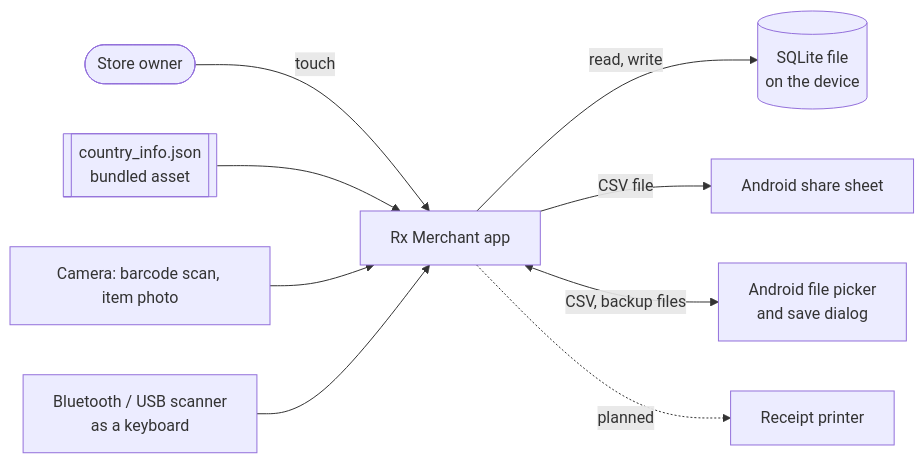
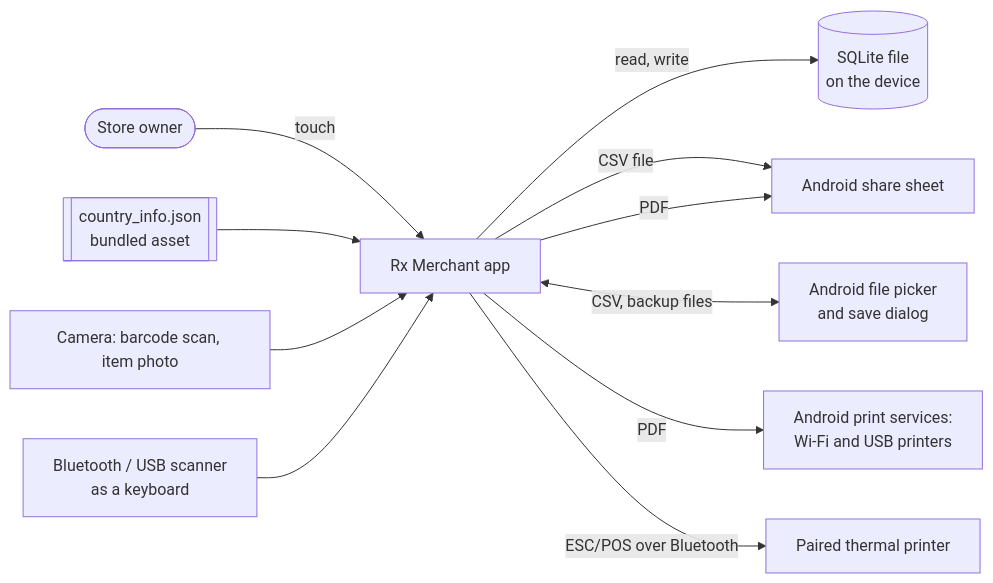
Before and after one commit to haroisded/Rx-Merchant: the first of 3 diagrams in .claude/erpnext-planner/system-documentation.md, drawn with Mermaid. The commit also changed other lines of this file and 133 other files, not shown here.

````diff
--- a/.claude/erpnext-planner/system-documentation.md
+++ b/.claude/erpnext-planner/system-documentation.md
@@ -331,11 +386,13 @@
 ```mermaid
 flowchart LR
     Owner([Store owner]) -->|touch| App[Rx Merchant app]
     App -->|read, write| DB[(SQLite file<br/>on the device)]
     App -->|CSV file| Share[Android share sheet]
     App <-->|CSV, backup files| Files[Android file picker<br/>and save dialog]
     Asset[[country_info.json<br/>bundled asset]] --> App
     Camera[Camera: barcode scan, item photo] --> App
     Scanner[Bluetooth / USB scanner<br/>as a keyboard] --> App
-    App -.->|planned| Printer[Receipt printer]
+    App -->|PDF| Print[Android print services:<br/>Wi-Fi and USB printers]
+    App -->|PDF| Share
+    App -->|ESC/POS over Bluetooth| Printer[Paired thermal printer]
 ```
````
